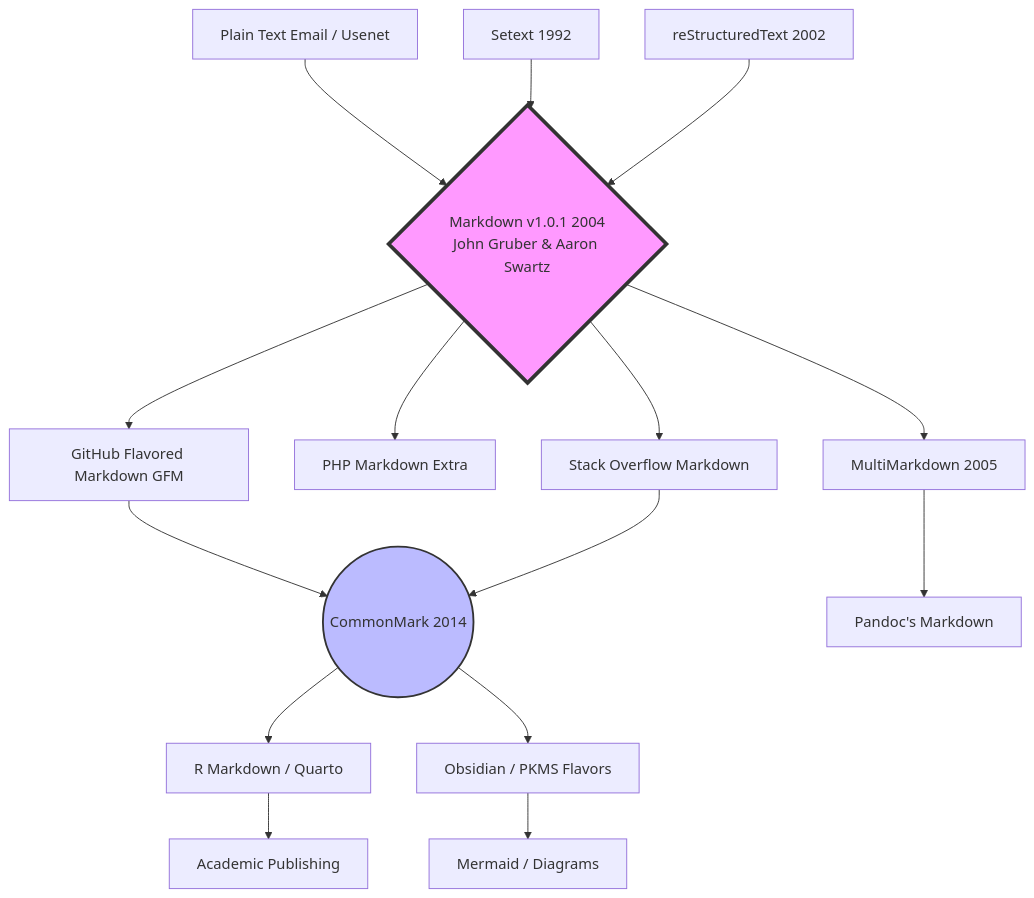
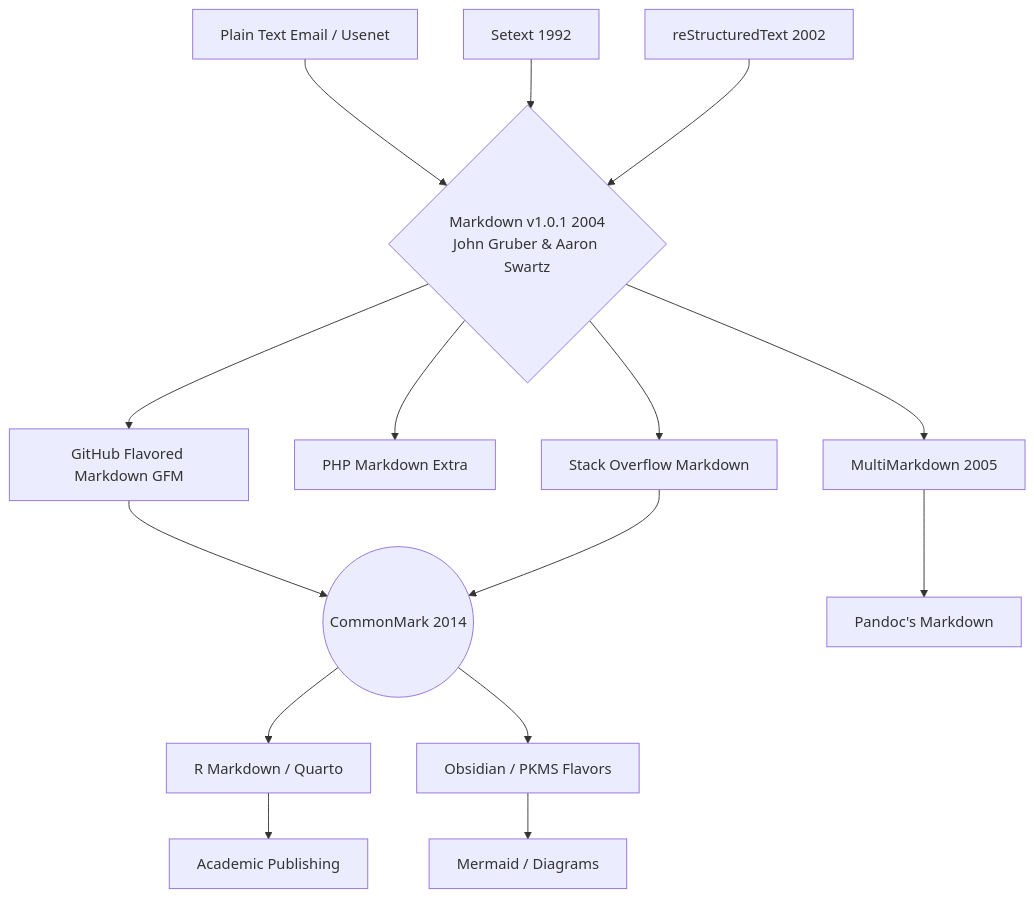
One commit to newportg/POC-DocumentationWiki changed the diagram in README.md. Above: the diagram before and after it, drawn with Mermaid.

````diff
--- a/README.md
+++ b/README.md
@@ -168,34 +168,32 @@
 ```mermaid
 graph TD
     %% Early Influences
     A[Plain Text Email / Usenet] --> D
     B[Setext 1992] --> D
     C[reStructuredText 2002] --> D
 
     %% The Progenitor
     D{Markdown v1.0.1 2004<br/>John Gruber & Aaron Swartz}
 
     %% Early Branching
     D --> E[MultiMarkdown 2005]
     D --> F[PHP Markdown Extra]
     
     %% Major Modern Flavors
     D --> G[GitHub Flavored Markdown GFM]
     D --> H[Stack Overflow Markdown]
     
     %% Standardization Efforts
     G --> I((CommonMark 2014))
     H --> I
     
     %% Specialized Descendants
     I --> J[R Markdown / Quarto]
     I --> K[Obsidian / PKMS Flavors]
     E --> L[Pandoc's Markdown]
     
     %% Modern Integrations
     K --> M[Mermaid / Diagrams]
     J --> N[Academic Publishing]
 
-    style D fill:#f9f,stroke:#333,stroke-width:4px
-    style I fill:#bbf,stroke:#333,stroke-width:2px
 ```
````
